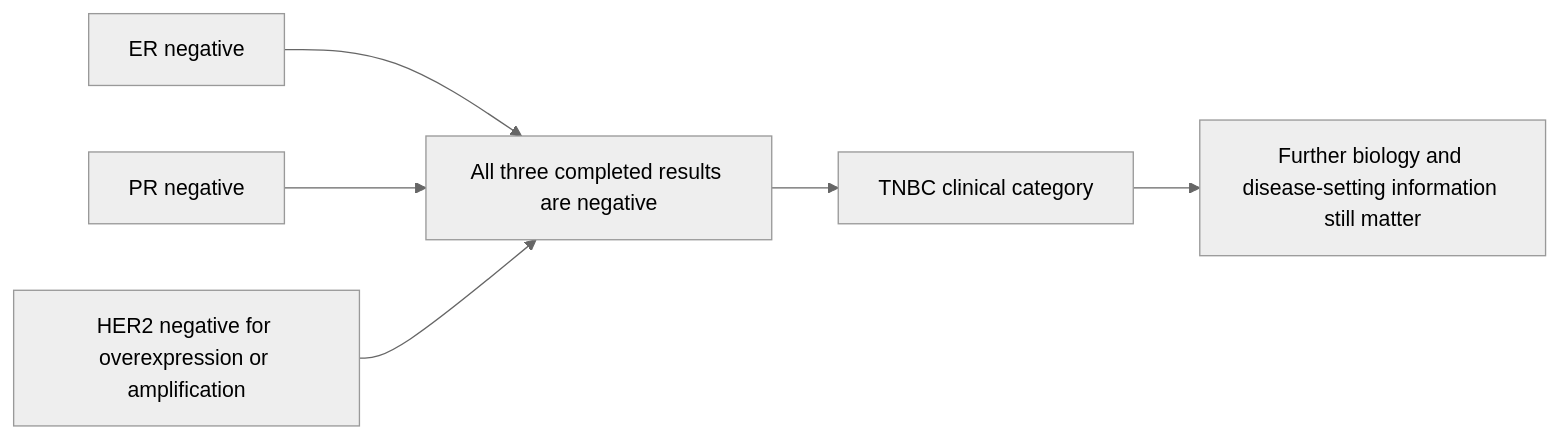
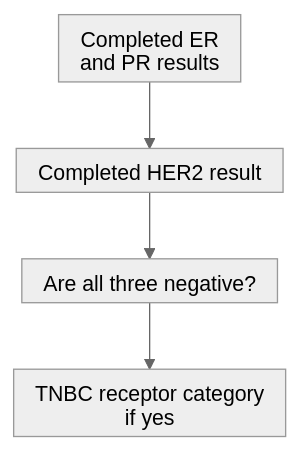
One commit to jasonLaster/oncoguide changed the diagram in wiki/education/concepts/breast-cancer/receptors-and-subtypes/tnbc.md. Above: the diagram before and after it, drawn with Mermaid (neutral theme). The commit also changed other lines of this file and 31 other files, not shown here.

````diff
--- a/wiki/education/concepts/breast-cancer/receptors-and-subtypes/tnbc.md
+++ b/wiki/education/concepts/breast-cancer/receptors-and-subtypes/tnbc.md
@@ -38,8 +38,7 @@
 ```mermaid
-flowchart LR
-    A["ER negative"] --> D["All three completed results are negative"]
-    B["PR negative"] --> D
-    C["HER2 negative for overexpression or amplification"] --> D
-    D --> E["TNBC clinical category"]
-    E --> F["Further biology and disease-setting information still matter"]
+%%{init: {"htmlLabels":false,"flowchart":{"htmlLabels":false,"padding":8,"nodeSpacing":25}}}%%
+flowchart TD
+    A["Completed ER<br/>and PR results"] --> B["Completed HER2 result"]
+    B --> C["Are all three negative?"]
+    C --> D["TNBC receptor category<br/>if yes"]
 ```
````
